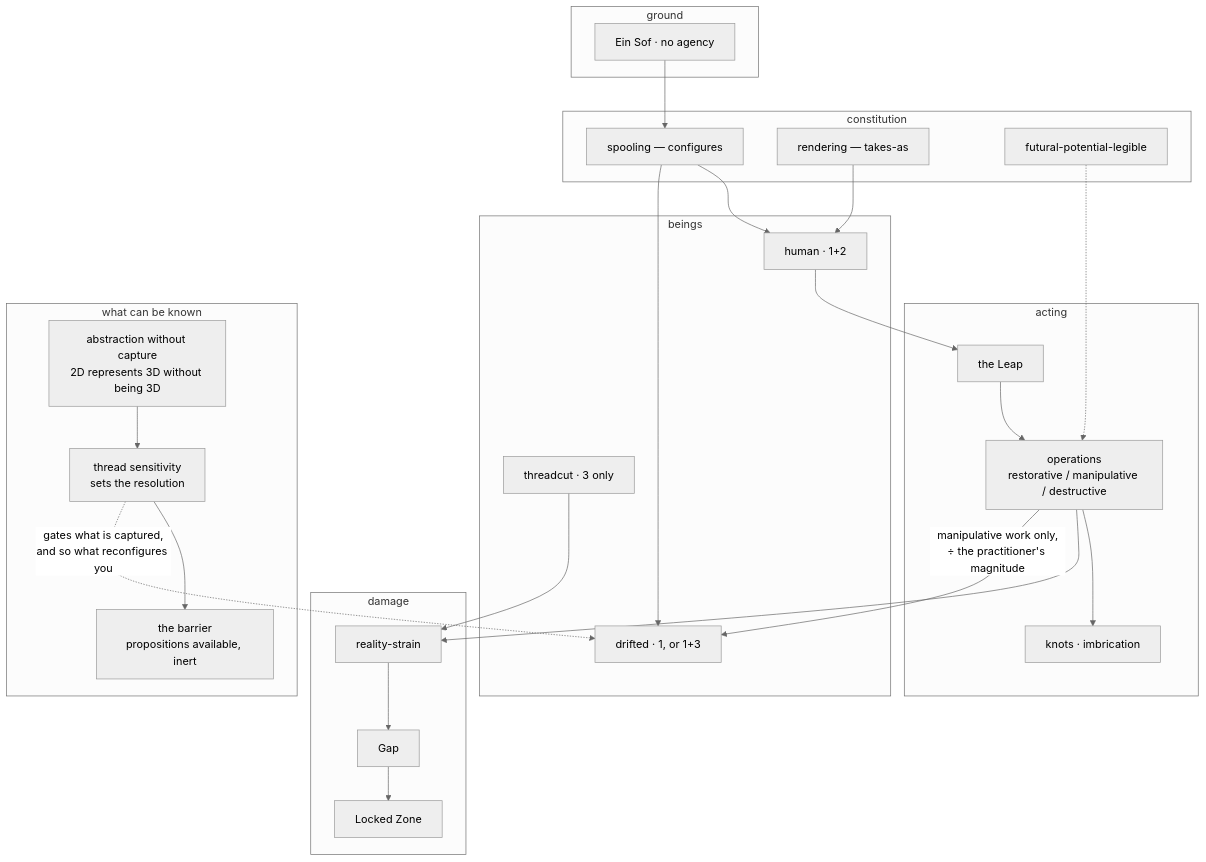
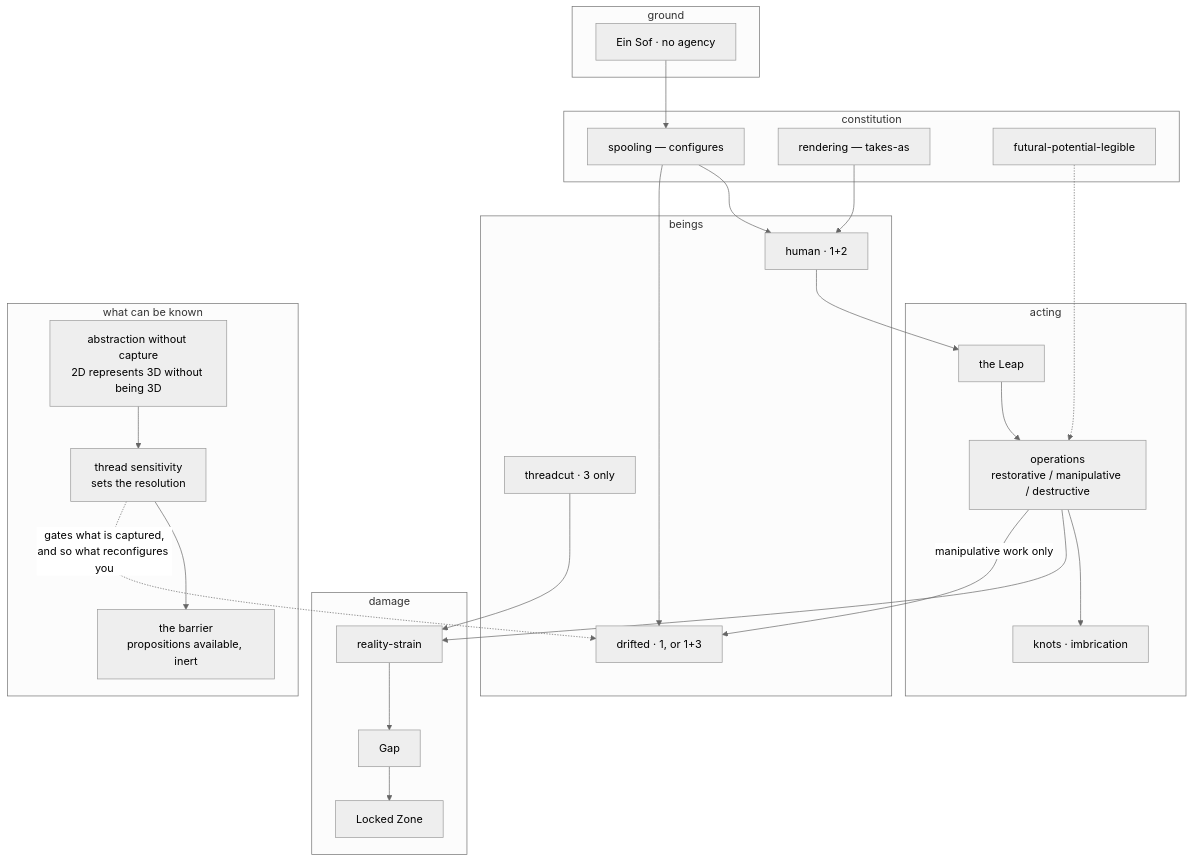
Before and after one commit to jordanelias/ttrpg: the eighth of 8 diagrams in canon/philosophy/DIAGRAM.md, drawn with Mermaid (neutral theme). The commit also changed other lines of this file and 5 other files, not shown here.

````diff
--- a/canon/philosophy/DIAGRAM.md
+++ b/canon/philosophy/DIAGRAM.md
@@ -276,43 +276,43 @@
 ```mermaid
 flowchart TB
     subgraph GROUND["ground"]
         ES["Ein Sof · no agency"]
     end
     subgraph CONST["constitution"]
         SP["spooling — configures"]
         REND["rendering — takes-as"]
         EQ["futural-potential-legible"]
     end
     subgraph BEING["beings"]
         HU["human · 1+2"]
         TC["threadcut · 3 only"]
         DR["drifted · 1, or 1+3"]
     end
     subgraph ACT["acting"]
         LEAP["the Leap"]
         OPS["operations<br/>restorative / manipulative / destructive"]
         KN["knots · imbrication"]
     end
     subgraph HARM["damage"]
         GAP["Gap"]
         LOCK["Locked Zone"]
         STRAIN["reality-strain"]
     end
     subgraph EPI["what can be known"]
         ABS["abstraction without capture<br/>2D represents 3D without being 3D"]
         TS["thread sensitivity<br/>sets the resolution"]
         BAR["the barrier<br/>propositions available, inert"]
     end
 
     ES --> SP --> HU
     SP --> DR
     REND --> HU
     EQ -.-> OPS
     HU --> LEAP --> OPS --> KN
     OPS --> STRAIN
-    OPS -->|"manipulative work only,<br/>÷ the practitioner's magnitude"| DR
+    OPS -->|"manipulative work only"| DR
     STRAIN --> GAP --> LOCK
     TC --> STRAIN
     ABS --> TS --> BAR
     TS -.->|"gates what is captured,<br/>and so what reconfigures you"| DR
 ```
````
